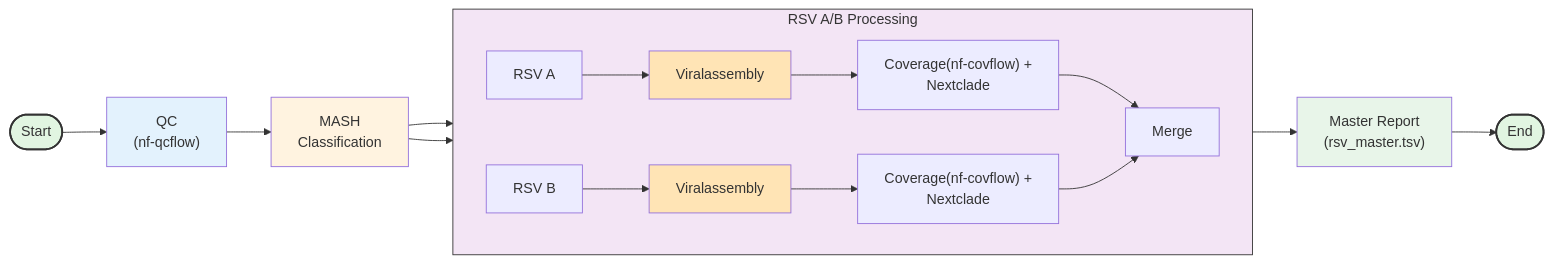
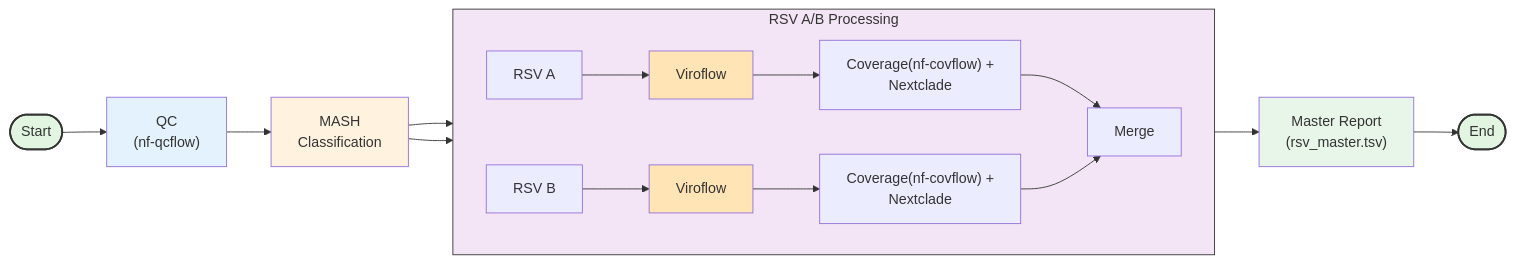
Before and after one commit to xiaoli-dong/rsv-analyzer: the second of 2 diagrams in README.md, drawn with Mermaid.

Commit message:
Update flowchart to use 'Viroflow' instead of 'Viralassembly'

````diff
--- a/README.md
+++ b/README.md
@@ -43,28 +43,28 @@
 ```mermaid
 flowchart LR
     subgraph RSV["RSV A/B Processing"]
         direction LR
-        A["RSV A"] --> VA["Viralassembly"]
-        B["RSV B"] --> VB["Viralassembly"]
+        A["RSV A"] --> VA["Viroflow"]
+        B["RSV B"] --> VB["Viroflow"]
         VA --> CA["Coverage(nf-covflow) +<br/>Nextclade"]
         VB --> CB["Coverage(nf-covflow) +<br/>Nextclade"]
         CA --> M["Merge"]
         CB --> M
     end
     
     Start(["Start"]) --> QC["QC<br/>(nf-qcflow)"]
     QC --> Class["MASH<br/>Classification"]
     Class --> A
     Class --> B
     M --> Report["Master Report<br/>(rsv_master.tsv)"]
     Report --> End(["End"])
 
     style VA fill:#ffe4b5
     style VB fill:#ffe4b5
     style Start fill:#e1f5e1,stroke:#333,stroke-width:2px
     style End fill:#e1f5e1,stroke:#333,stroke-width:2px
     style QC fill:#e3f2fd
     style Class fill:#fff3e0
     style RSV fill:#f3e5f5,stroke:#333
     style Report fill:#e8f5e9
 ```
````
